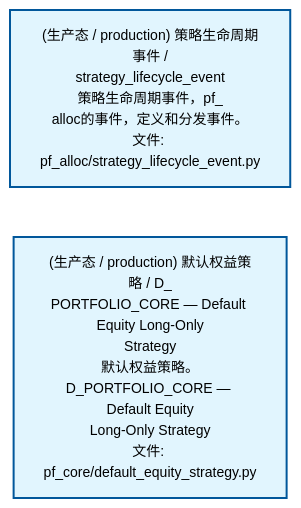
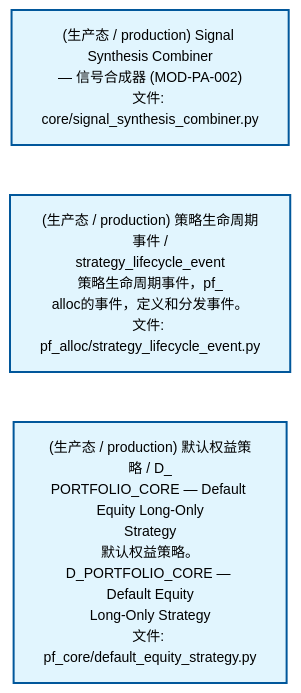
Before and after one commit to xuanFelixVan/ZephyrAlpha: the second of 4 diagrams in docs/02_enterprise_architecture/02_domain_architecture_docs/62_d_pf_alloc.md, drawn with Mermaid. The commit also changed other lines of this file and 43 other files, not shown here.

````diff
--- a/docs/02_enterprise_architecture/02_domain_architecture_docs/62_d_pf_alloc.md
+++ b/docs/02_enterprise_architecture/02_domain_architecture_docs/62_d_pf_alloc.md
@@ -90,12 +93,14 @@
 ```mermaid
 %%{init: {'theme': 'base', 'themeVariables': {'primaryColor': '#eaeaea', 'primaryTextColor': '#333333', 'primaryBorderColor': '#666666', 'lineColor': '#666666', 'secondaryColor': '#eaeaea', 'tertiaryColor': '#eaeaea', 'fontSize': '14px'}}}%%
 flowchart TD
+    src_zephyr_pf_alloc_core_signal_synthesis_combiner_py["(生产态 / production) Signal Synthesis Combiner<br/>— 信号合成器 (MOD-PA-002)<br/>文件: core/signal_synthesis_combiner.py"]
     src_zephyr_pf_alloc_strategy_lifecycle_event_py["(生产态 / production) 策略生命周期事件 /<br/>strategy_lifecycle_event<br/>策略生命周期事件，pf_<br/>alloc的事件，定义和分发事件。<br/>文件: pf_alloc/strategy_lifecycle_event.py"]
     src_zephyr_pf_core_default_equity_strategy_py["(生产态 / production) 默认权益策略 / D_<br/>PORTFOLIO_CORE — Default Equity Long-Only<br/>Strategy<br/>默认权益策略。D_PORTFOLIO_CORE — Default Equity<br/>Long-Only Strategy<br/>文件: pf_core/default_equity_strategy.py"]
+    src_zephyr_pf_alloc_core_signal_synthesis_combiner_py ~~~ src_zephyr_pf_alloc_strategy_lifecycle_event_py
     src_zephyr_pf_alloc_strategy_lifecycle_event_py ~~~ src_zephyr_pf_core_default_equity_strategy_py
     classDef production fill:#e1f5fe,stroke:#01579b,stroke-width:2px,color:#000
     classDef design fill:#fff3e0,stroke:#e65100,stroke-width:2px,color:#000,stroke-dasharray: 5 5
     classDef external_prod fill:#e8f4fd,stroke:#0277bd,stroke-width:1px,color:#000
     classDef external_design fill:#fff8e7,stroke:#ef6c00,stroke-width:1px,color:#000,stroke-dasharray: 5 5
-    class src_zephyr_pf_alloc_strategy_lifecycle_event_py,src_zephyr_pf_core_default_equity_strategy_py production
+    class src_zephyr_pf_alloc_core_signal_synthesis_combiner_py,src_zephyr_pf_alloc_strategy_lifecycle_event_py,src_zephyr_pf_core_default_equity_strategy_py production
 ```
````
